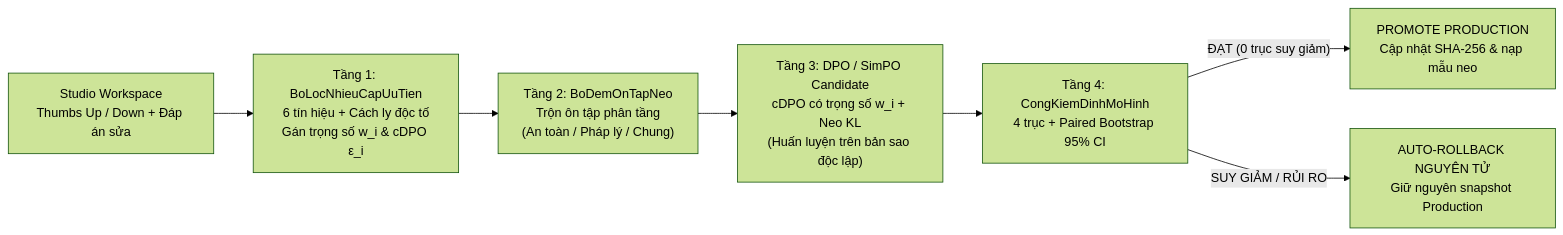
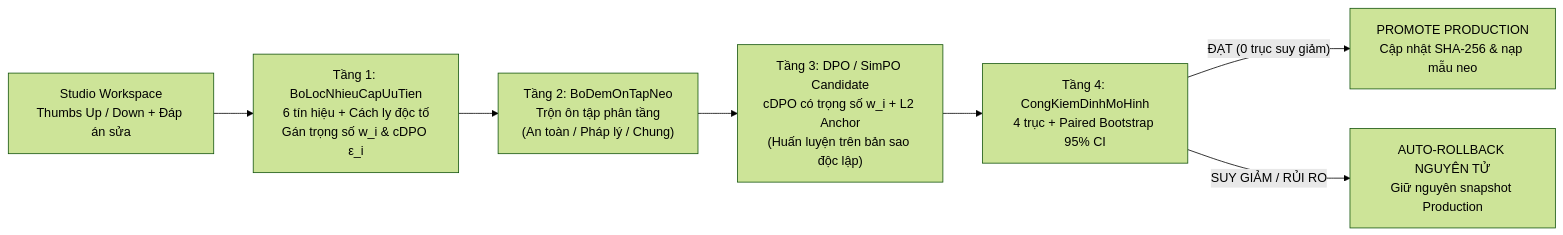
The diagram in docs/guides/vialign-safeloop.md (phonghhd/vietnamese-ai), drawn with Mermaid (forest theme) before and after one commit. The commit also changed other lines of this file and 154 other files, not shown here.

````diff
--- a/docs/guides/vialign-safeloop.md
+++ b/docs/guides/vialign-safeloop.md
@@ -20,9 +23,9 @@
 ```mermaid
 flowchart LR
     WS["Studio Workspace<br/>Thumbs Up / Down + Đáp án sửa"] --> FLT["Tầng 1: BoLocNhieuCapUuTien<br/>6 tín hiệu + Cách ly độc tố<br/>Gán trọng số w_i & cDPO ε_i"]
     FLT --> REP["Tầng 2: BoDemOnTapNeo<br/>Trộn ôn tập phân tầng<br/>(An toàn / Pháp lý / Chung)"]
-    REP --> TRN["Tầng 3: DPO / SimPO Candidate<br/>cDPO có trọng số w_i + Neo KL<br/>(Huấn luyện trên bản sao độc lập)"]
+    REP --> TRN["Tầng 3: DPO / SimPO Candidate<br/>cDPO có trọng số w_i + L2 Anchor<br/>(Huấn luyện trên bản sao độc lập)"]
     TRN --> GATE["Tầng 4: CongKiemDinhMoHinh<br/>4 trục + Paired Bootstrap 95% CI"]
     GATE -- "ĐẠT (0 trục suy giảm)" --> PROM["PROMOTE PRODUCTION<br/>Cập nhật SHA-256 & nạp mẫu neo"]
     GATE -- "SUY GIẢM / RỦI RO" --> RB["AUTO-ROLLBACK NGUYÊN TỬ<br/>Giữ nguyên snapshot Production"]
 ```
````
